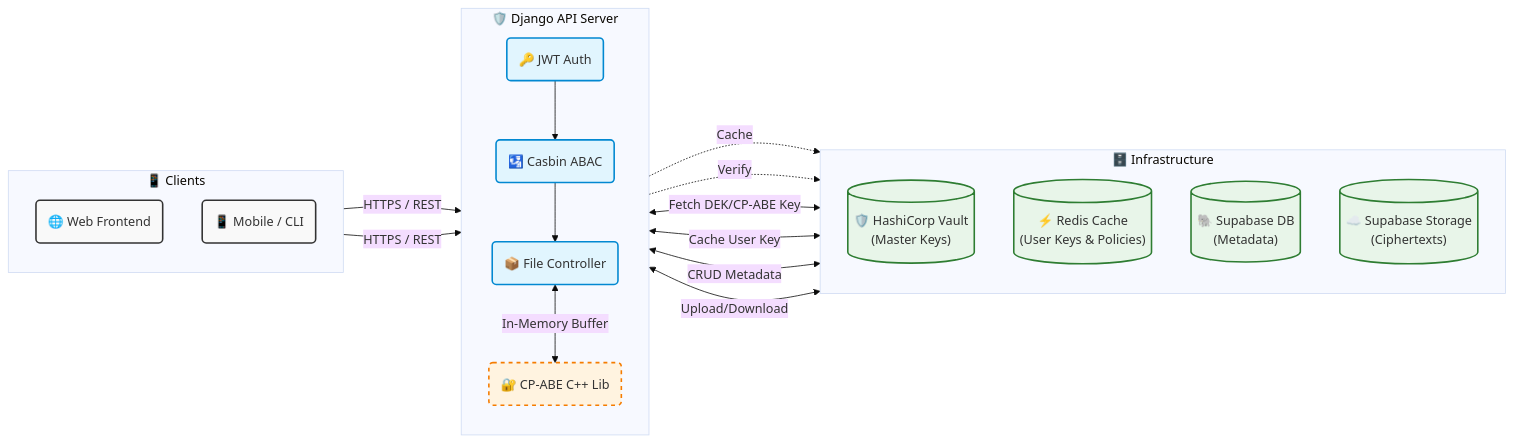
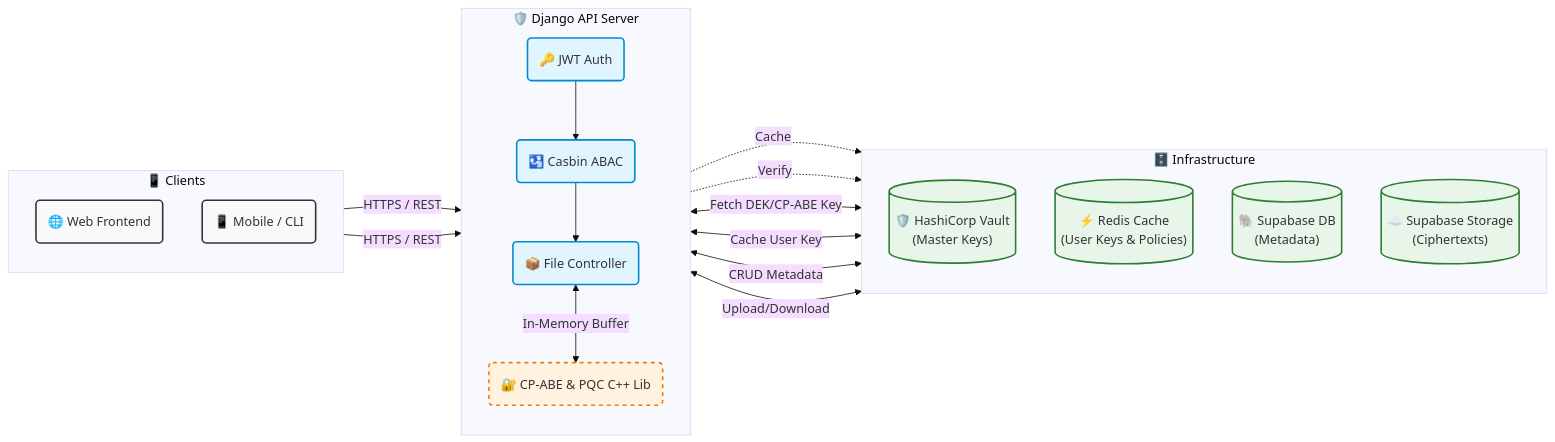
One commit to WanThinnn/Cloud-Policy-Crypto-Access changed the diagram in README.md. Above: the diagram before and after it, drawn with Mermaid (base theme). The commit also changed other lines of this file, not shown here.

Commit message:
docs: update README to reflect CP-ABE v4.0.0 upgrade, integration of post-quantum ML-DSA signatures, and updated configuration variables

````diff
--- a/README.md
+++ b/README.md
@@ -51,44 +51,44 @@
 ```mermaid
 flowchart LR
     classDef client fill:#f9f9f9,stroke:#333,stroke-width:2px;
     classDef gateway fill:#e1f5fe,stroke:#0288d1,stroke-width:2px;
     classDef datalayer fill:#e8f5e9,stroke:#2e7d32,stroke-width:2px;
     classDef core fill:#fff3e0,stroke:#f57c00,stroke-width:2px,stroke-dasharray: 5 5;
 
     subgraph Clients ["📱 Clients"]
         direction TB
         Web("🌐 Web Frontend"):::client
         Mob("📱 Mobile / CLI"):::client
     end
 
     subgraph Gateway ["🛡️ Django API Server"]
         direction TB
         Auth("🔑 JWT Auth"):::gateway
         Casbin("🛂 Casbin ABAC"):::gateway
         Ctrl("📦 File Controller"):::gateway
-        CPABE("🔐 CP-ABE C++ Lib"):::core
+        CPABE("🔐 CP-ABE & PQC C++ Lib"):::core
         
         Auth --> Casbin
         Casbin --> Ctrl
         Ctrl <-->|In-Memory Buffer| CPABE
     end
 
     subgraph DataLayer ["🗄️ Infrastructure"]
         direction TB
         Vault[("🛡️ HashiCorp Vault<br/>(Master Keys)")]:::datalayer
         Redis[("⚡ Redis Cache<br/>(User Keys & Policies)")]:::datalayer
         DB[("🐘 Supabase DB<br/>(Metadata)")]:::datalayer
         Storage[("☁️ Supabase Storage<br/>(Ciphertexts)")]:::datalayer
     end
 
     Web -->|HTTPS / REST| Auth
     Mob -->|HTTPS / REST| Auth
     
     Casbin -.->|Cache| Redis
     Casbin -.->|Verify| DB
     
     Ctrl <-->|Fetch DEK/CP-ABE Key| Vault
     Ctrl <-->|Cache User Key| Redis
     Ctrl <-->|CRUD Metadata| DB
     Ctrl <-->|Upload/Download| Storage
 ```
````
